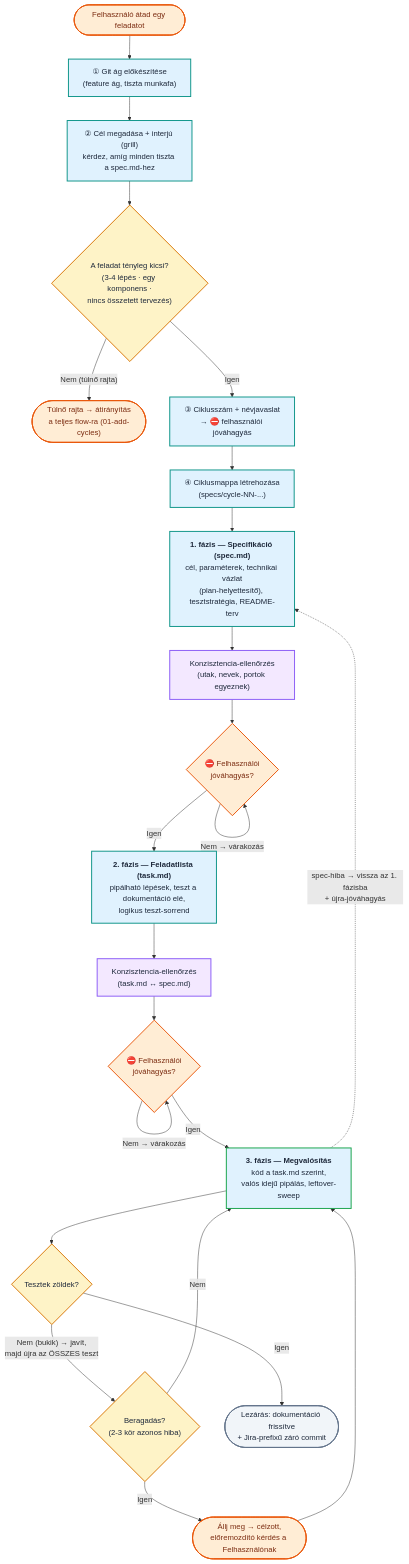
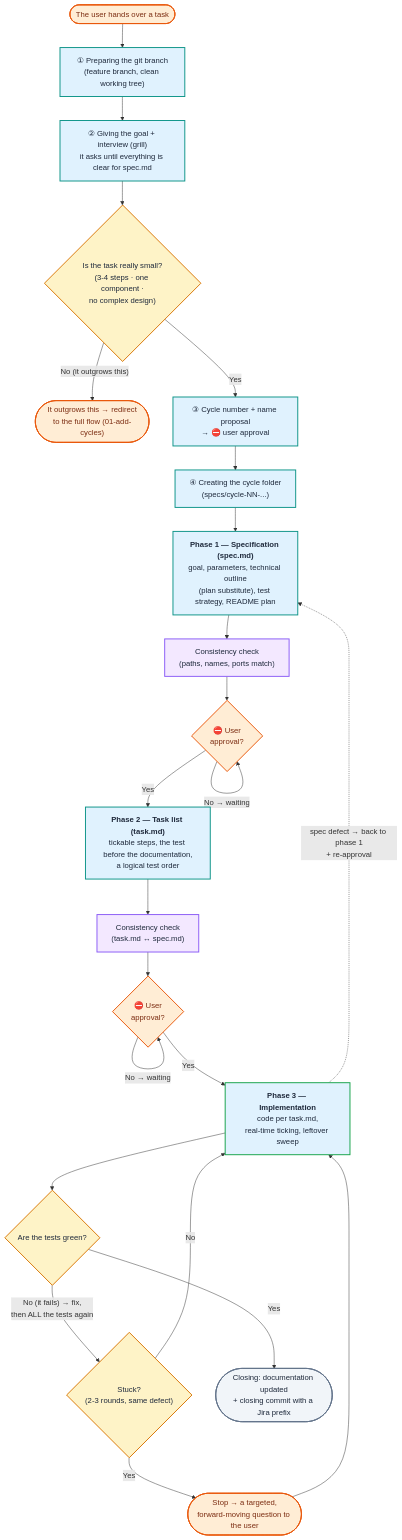
One commit to berkiadam/berkispec changed the fifth of 5 diagrams in README.md. Above: the diagram before and after it, drawn with Mermaid. The commit also changed other lines of this file and 11 other files, not shown here.

````diff
--- a/README.md
+++ b/README.md
@@ -940,48 +849,48 @@
 ```mermaid
 flowchart TD
     classDef start fill:#f1f5f9,stroke:#64748b,stroke-width:2px,color:#1e293b;
     classDef design fill:#e0f2fe,stroke:#0d9488,stroke-width:2px,color:#1e293b;
     classDef dev fill:#e0f2fe,stroke:#16a34a,stroke-width:2px,color:#1e293b;
     classDef decision fill:#fef3c7,stroke:#d97706,stroke-width:2px,color:#1e293b;
     classDef doc fill:#f3e8ff,stroke:#8b5cf6,stroke-width:2px,color:#1e293b;
     classDef userInput fill:#ffedd5,stroke:#ea580c,stroke-width:2px,color:#7c2d12;
 
-    Start(["Felhasználó átad egy feladatot"]):::userInput
-    Git["① Git ág előkészítése<br/>(feature ág, tiszta munkafa)"]:::design
-    Interview["② Cél megadása + interjú (grill)<br/>kérdez, amíg minden tiszta a spec.md-hez"]:::design
-    SizeCheck{"A feladat tényleg kicsi?<br/>(3-4 lépés · egy komponens ·<br/>nincs összetett tervezés)"}:::decision
-    Redirect(["Túlnő rajta → átirányítás<br/>a teljes flow-ra (01-add-cycles)"]):::userInput
-    NameApprove["③ Ciklusszám + névjavaslat<br/>→ ⛔ felhasználói jóváhagyás"]:::design
-    Dir["④ Ciklusmappa létrehozása<br/>(specs/cycle-NN-...)"]:::design
+    Start(["The user hands over a task"]):::userInput
+    Git["① Preparing the git branch<br/>(feature branch, clean working tree)"]:::design
+    Interview["② Giving the goal + interview (grill)<br/>it asks until everything is clear for spec.md"]:::design
+    SizeCheck{"Is the task really small?<br/>(3-4 steps · one component ·<br/>no complex design)"}:::decision
+    Redirect(["It outgrows this → redirect<br/>to the full flow (01-add-cycles)"]):::userInput
+    NameApprove["③ Cycle number + name proposal<br/>→ ⛔ user approval"]:::design
+    Dir["④ Creating the cycle folder<br/>(specs/cycle-NN-...)"]:::design
 
-    P1["<b>1. fázis — Specifikáció (spec.md)</b><br/>cél, paraméterek, technikai vázlat<br/>(plan-helyettesítő), tesztstratégia, README-terv"]:::design
-    C1["Konzisztencia-ellenőrzés<br/>(utak, nevek, portok egyeznek)"]:::doc
-    Stop1{"⛔ Felhasználói<br/>jóváhagyás?"}:::userInput
+    P1["<b>Phase 1 — Specification (spec.md)</b><br/>goal, parameters, technical outline<br/>(plan substitute), test strategy, README plan"]:::design
+    C1["Consistency check<br/>(paths, names, ports match)"]:::doc
+    Stop1{"⛔ User<br/>approval?"}:::userInput
 
-    P2["<b>2. fázis — Feladatlista (task.md)</b><br/>pipálható lépések, teszt a dokumentáció elé,<br/>logikus teszt-sorrend"]:::design
-    C2["Konzisztencia-ellenőrzés<br/>(task.md ↔ spec.md)"]:::doc
-    Stop2{"⛔ Felhasználói<br/>jóváhagyás?"}:::userInput
+    P2["<b>Phase 2 — Task list (task.md)</b><br/>tickable steps, the test before the documentation,<br/>a logical test order"]:::design
+    C2["Consistency check<br/>(task.md ↔ spec.md)"]:::doc
+    Stop2{"⛔ User<br/>approval?"}:::userInput
 
-    P3["<b>3. fázis — Megvalósítás</b><br/>kód a task.md szerint,<br/>valós idejű pipálás, leftover-sweep"]:::dev
-    Test{"Tesztek zöldek?"}:::decision
-    Stuck{"Beragadás?<br/>(2-3 kör azonos hiba)"}:::decision
-    Ask(["Állj meg → célzott,<br/>előremozdító kérdés a Felhasználónak"]):::userInput
-    Close(["Lezárás: dokumentáció frissítve<br/>+ Jira-prefixű záró commit"]):::start
+    P3["<b>Phase 3 — Implementation</b><br/>code per task.md,<br/>real-time ticking, leftover sweep"]:::dev
+    Test{"Are the tests green?"}:::decision
+    Stuck{"Stuck?<br/>(2-3 rounds, same defect)"}:::decision
+    Ask(["Stop → a targeted,<br/>forward-moving question to the user"]):::userInput
+    Close(["Closing: documentation updated<br/>+ closing commit with a Jira prefix"]):::start
 
     Start --> Git --> Interview --> SizeCheck
-    SizeCheck -- "Nem (túlnő rajta)" --> Redirect
-    SizeCheck -- "Igen" --> NameApprove --> Dir --> P1
+    SizeCheck -- "No (it outgrows this)" --> Redirect
+    SizeCheck -- "Yes" --> NameApprove --> Dir --> P1
     P1 --> C1 --> Stop1
-    Stop1 -- "Nem → várakozás" --> Stop1
-    Stop1 -- "Igen" --> P2
+    Stop1 -- "No → waiting" --> Stop1
+    Stop1 -- "Yes" --> P2
     P2 --> C2 --> Stop2
-    Stop2 -- "Nem → várakozás" --> Stop2
-    Stop2 -- "Igen" --> P3
+    Stop2 -- "No → waiting" --> Stop2
+    Stop2 -- "Yes" --> P3
     P3 --> Test
-    Test -- "Nem (bukik) → javít,<br/>majd újra az ÖSSZES teszt" --> Stuck
-    Stuck -- "Nem" --> P3
-    Stuck -- "Igen" --> Ask
+    Test -- "No (it fails) → fix,<br/>then ALL the tests again" --> Stuck
+    Stuck -- "No" --> P3
+    Stuck -- "Yes" --> Ask
     Ask --> P3
-    Test -- "Igen" --> Close
-    P3 -. "spec-hiba → vissza az 1. fázisba<br/>+ újra-jóváhagyás" .-> P1
+    Test -- "Yes" --> Close
+    P3 -. "spec defect → back to phase 1<br/>+ re-approval" .-> P1
 ```
````
